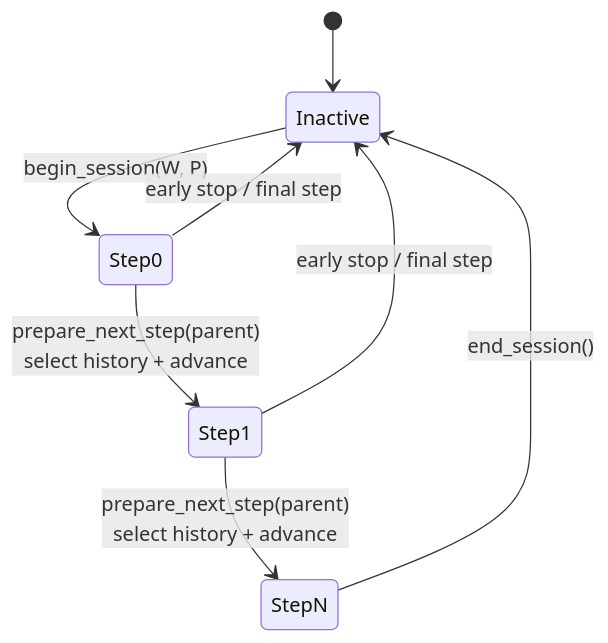
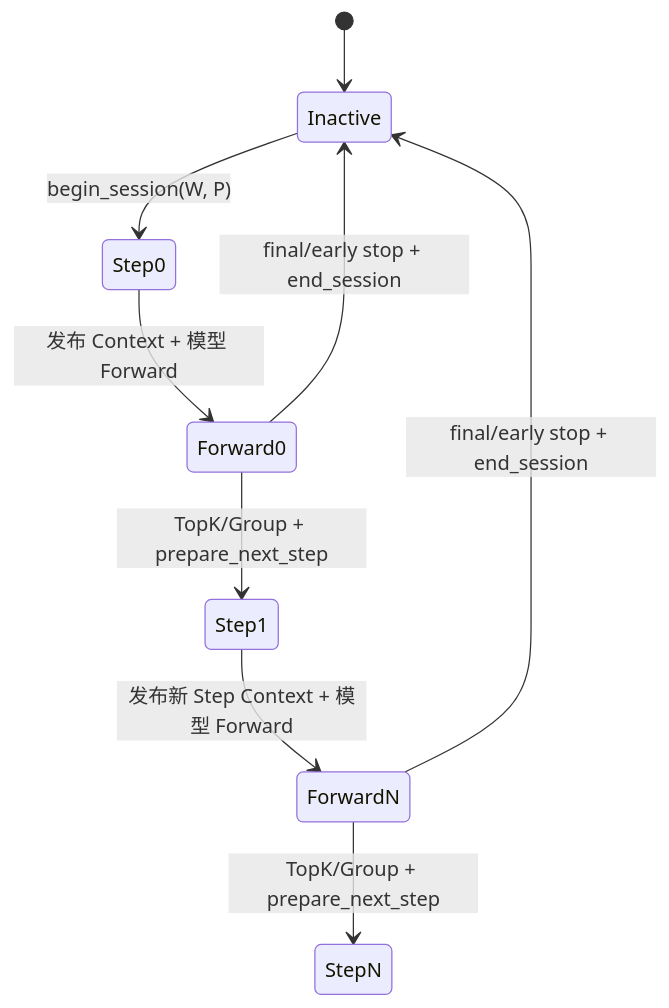
Before and after one commit to ZhiYunpenghuawei/p1: the sixth of 7 diagrams in [Task 2] 增量解码 Attention 计算路径.md, drawn with Mermaid. The commit also changed other lines of this file, not shown here.

````diff
--- a/[Task 2] 增量解码 Attention 计算路径.md
+++ b/[Task 2] 增量解码 Attention 计算路径.md
@@ -447,10 +465,11 @@
 ```mermaid
 stateDiagram-v2
     [*] --> Inactive
     Inactive --> Step0: begin_session(W, P)
-    Step0 --> Step1: prepare_next_step(parent)<br/>select history + advance
-    Step1 --> StepN: prepare_next_step(parent)<br/>select history + advance
-    StepN --> Inactive: end_session()
-    Step0 --> Inactive: early stop / final step
-    Step1 --> Inactive: early stop / final step
+    Step0 --> Forward0: 发布 Context + 模型 Forward
+    Forward0 --> Step1: TopK/Group + prepare_next_step
+    Step1 --> ForwardN: 发布新 Step Context + 模型 Forward
+    ForwardN --> StepN: TopK/Group + prepare_next_step
+    Forward0 --> Inactive: final/early stop + end_session
+    ForwardN --> Inactive: final/early stop + end_session
 ```
````
